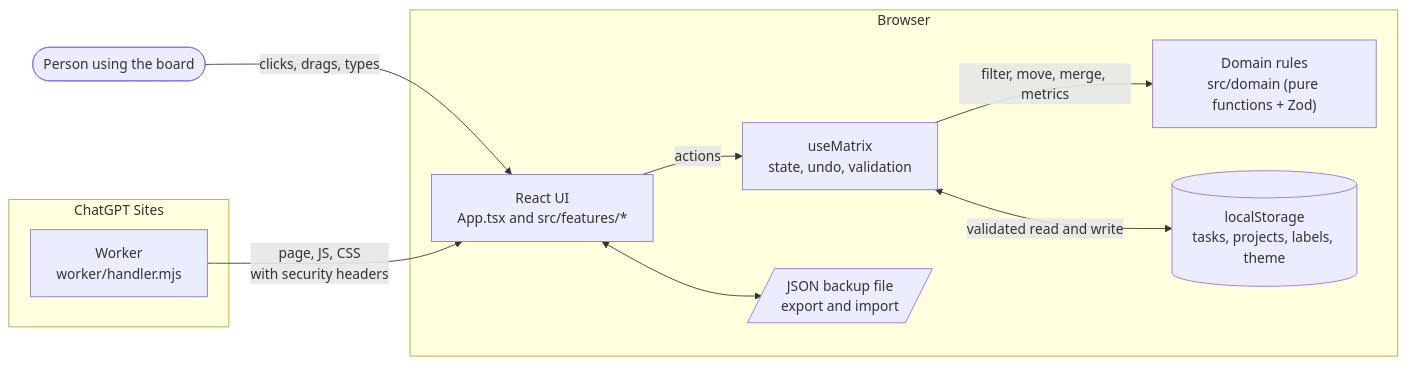
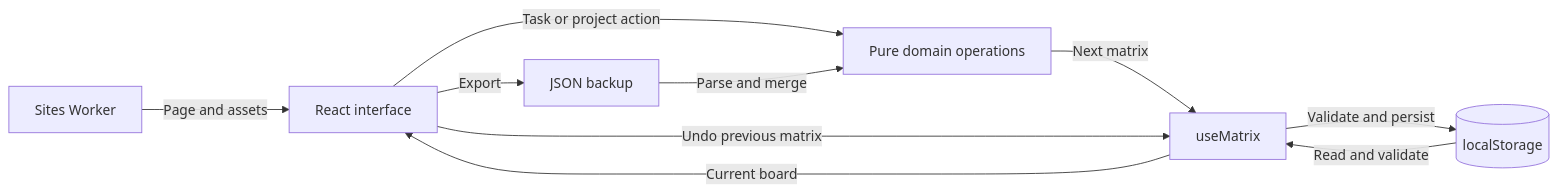
One commit to Quadrified/clearspace-matrix changed the first of 2 diagrams in docs/OVERVIEW.md. Above: the diagram before and after it, drawn with Mermaid. The commit also changed other lines of this file and 2 other files, not shown here.

Commit message:
Refresh architecture, deployment, and contributor overview

````diff
--- a/docs/OVERVIEW.md
+++ b/docs/OVERVIEW.md
@@ -39,23 +36,12 @@
 ```mermaid
 flowchart LR
-  user([Person using the board])
-
-  subgraph browser [Browser]
-    ui["React UI<br/>App.tsx and src/features/*"]
-    hook["useMatrix<br/>state, undo, validation"]
-    domain["Domain rules<br/>src/domain (pure functions + Zod)"]
-    storage[("localStorage<br/>tasks, projects, labels, theme")]
-    backup[/"JSON backup file<br/>export and import"/]
-  end
-
-  subgraph host [ChatGPT Sites]
-    worker["Worker<br/>worker/handler.mjs"]
-  end
-
-  user -->|clicks, drags, types| ui
-  worker -->|"page, JS, CSS<br/>with security headers"| ui
-  ui -->|actions| hook
-  hook -->|"filter, move, merge, metrics"| domain
-  hook <-->|"validated read and write"| storage
-  ui <--> backup
+  server["Sites Worker"] -->|"Page and assets"| ui["React interface"]
+  store[(localStorage)] -->|"Read and validate"| state["useMatrix"]
+  state -->|"Current board"| ui
+  ui -->|"Task or project action"| rules["Pure domain operations"]
+  rules -->|"Next matrix"| state
+  state -->|"Validate and persist"| store
+  ui -->|"Undo previous matrix"| state
+  ui -->|Export| backup["JSON backup"]
+  backup -->|"Parse and merge"| rules
 ```
````
